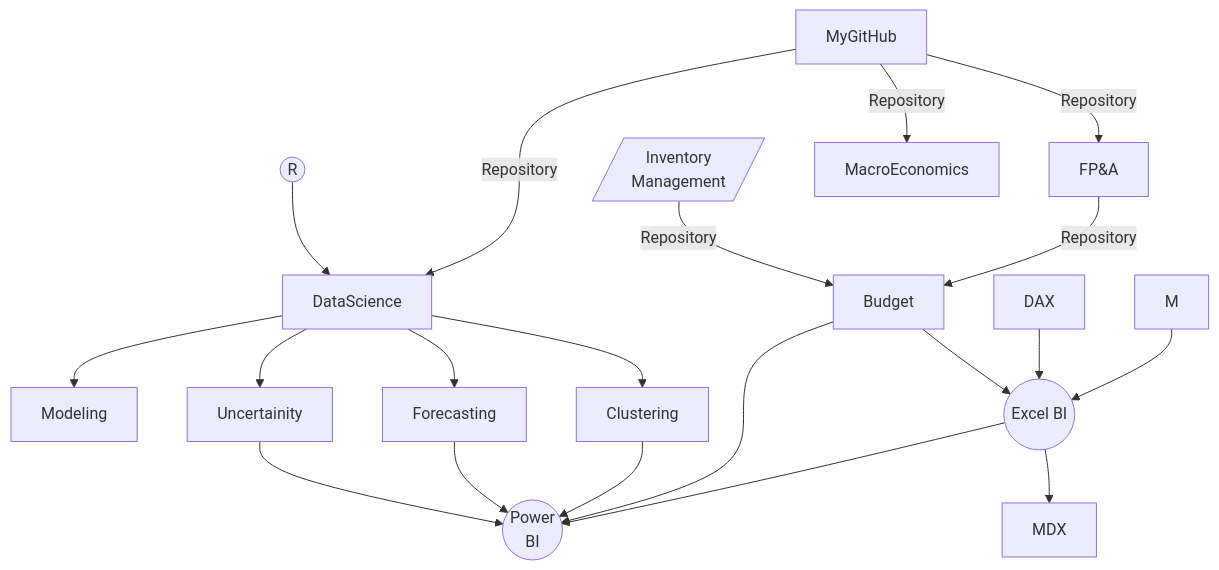
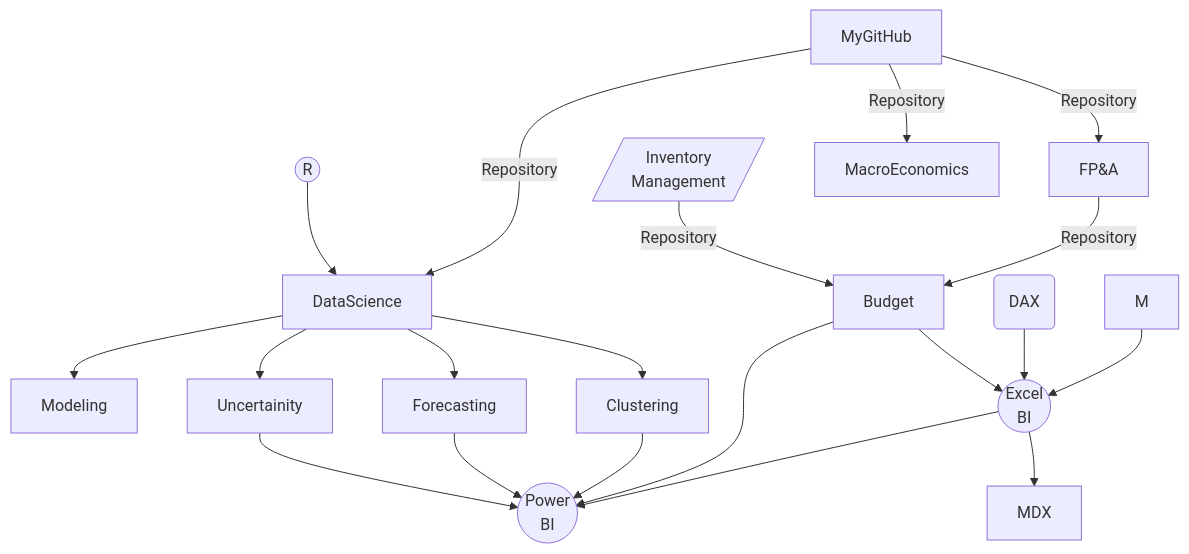
Before and after one commit to md3629/md3629: the diagram in README.md, drawn with Mermaid.

````diff
--- a/README.md
+++ b/README.md
@@ -9,22 +9,22 @@
 ```mermaid
 graph TD;
     MyGitHub-->|Repository|FP&A;
     Inv[/Inventory<br>Management/]-->|Repository|Budget;
     FP&A-->|Repository|Budget;
     R((R))-->DataScience;
     MyGitHub-->|Repository|DataScience;
     MyGitHub-->|Repository|MacroEconomics;
     DataScience-->Modeling;
     DataScience-->Forecasting;
     DataScience-->Clustering;
     DataScience-->Uncertainity;
     Uncertainity-->P((Power<br>BI));
     Forecasting-->P((Power<br>BI));
     Clustering-->P((Power<br>BI));
     Budget-->P((Power<br>BI));
-    Budget-->E((Excel BI));
-    DAX-->E((Excel BI));
-    M-->E((Excel BI));
-    E((Excel BI))-->P((Power<br>BI));
-    E((Excel BI))-->MDX;
+    Budget-->E((Excel<br>BI));
+    D(DAX)-->E((Excel<br>BI));
+    M-->E((Excel<br>BI));
+    E((Excel<br>BI))-->P((Power<br>BI));
+    E((Excel<br>BI))-->MDX;
 ```
````
